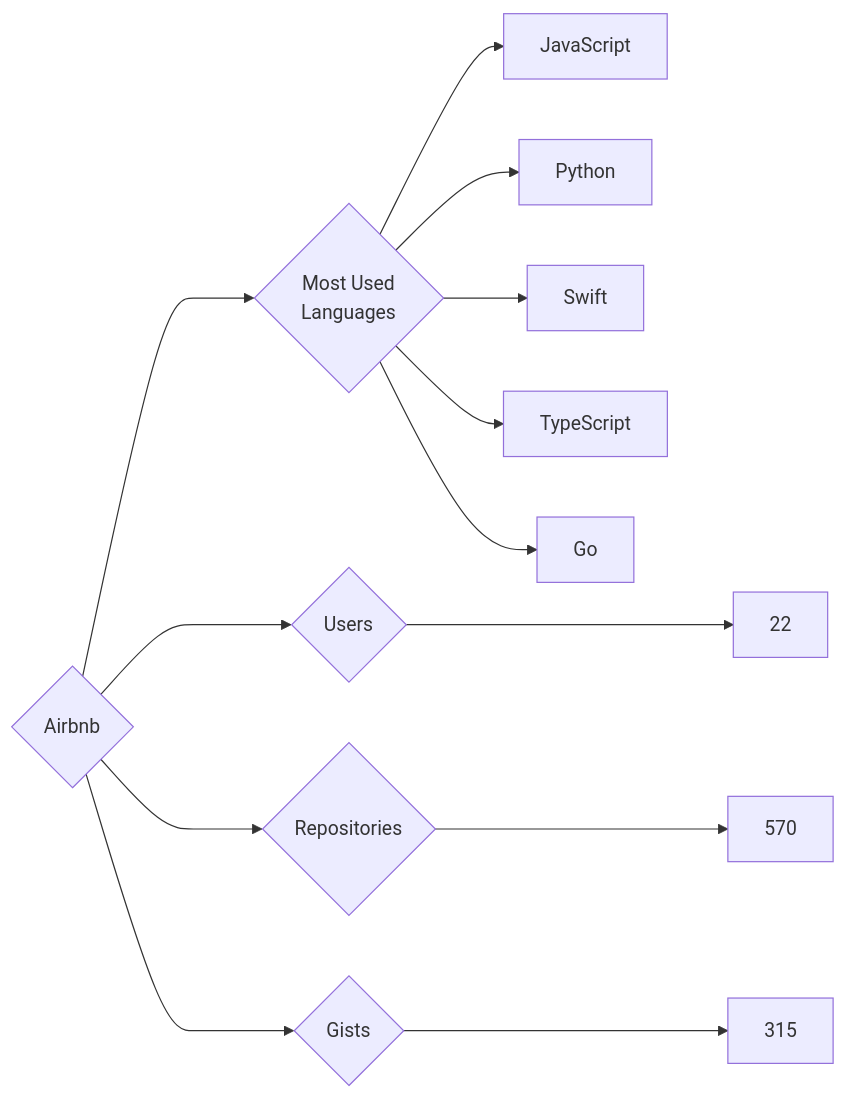
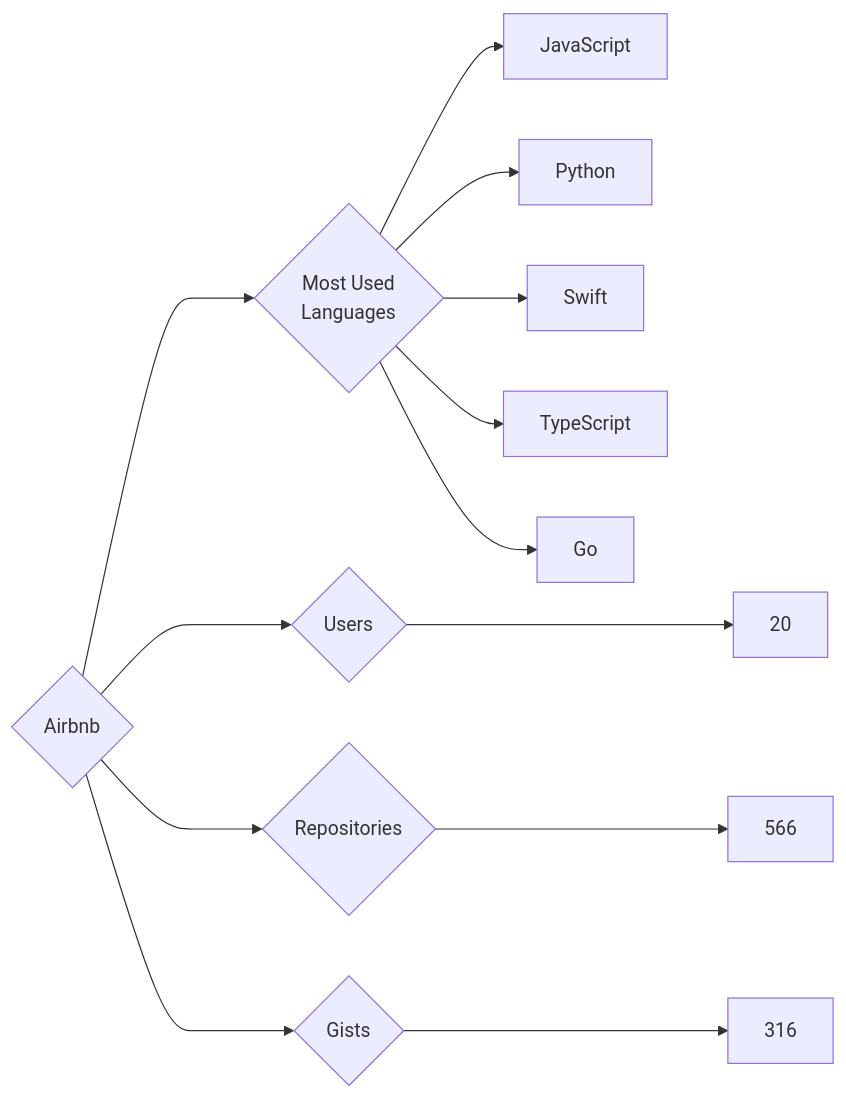
Before and after one commit to trickest/insiders: the diagram in targets/Airbnb/README.md, drawn with Mermaid. The commit also changed 693 other files, not shown here.

````diff
--- a/targets/Airbnb/README.md
+++ b/targets/Airbnb/README.md
@@ -3,13 +3,13 @@
 ```mermaid
 graph LR
 COMPANY_NAME{Airbnb}
-COMPANY_NAME ---> U{Users} ---> UN[22]
-COMPANY_NAME ---> R{Repositories} ---> RN[570]
-COMPANY_NAME ---> G{Gists} ---> GN[315]
+COMPANY_NAME ---> U{Users} ---> UN[20]
+COMPANY_NAME ---> R{Repositories} ---> RN[566]
+COMPANY_NAME ---> G{Gists} ---> GN[316]
 COMPANY_NAME ---> ML{Most Used<br>Languages}
 ML --> JavaScript[JavaScript]
 ML --> Python[Python]
 ML --> Swift[Swift]
 ML --> TypeScript[TypeScript]
 ML --> Go[Go]
 ```
````
